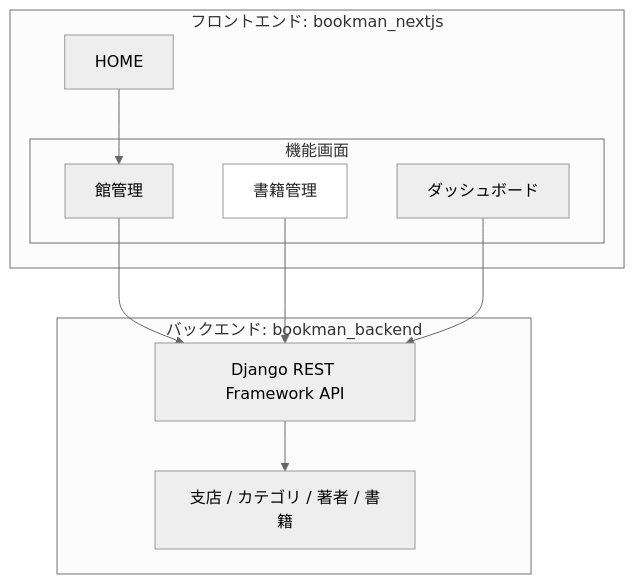
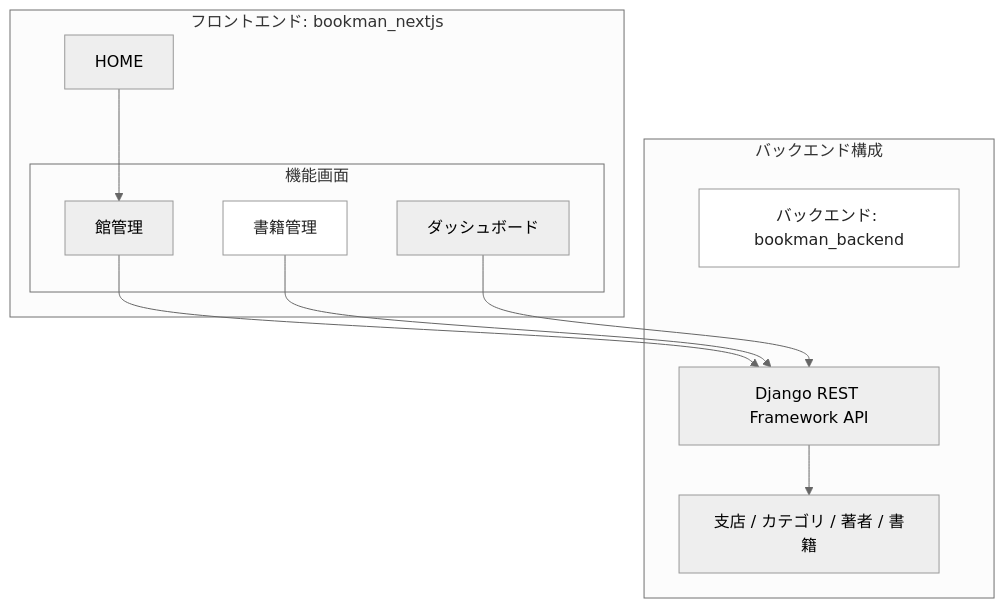
Before and after one commit to duri0214/portfolio: the first of 2 diagrams in docs/qiita/bookman_drf_nextjs.md, drawn with Mermaid (neutral theme).

Commit message:
docs: adjust Bookman article diagram label layout

````diff
--- a/docs/qiita/bookman_drf_nextjs.md
+++ b/docs/qiita/bookman_drf_nextjs.md
@@ -36,24 +36,27 @@
 ```mermaid
 graph TB
   subgraph frontend[フロントエンド: bookman_nextjs]
     home[HOME]
     subgraph screens[機能画面]
       branch[館管理]
       bookScreen[書籍管理]
       dashboard[ダッシュボード]
     end
   end
 
-  subgraph backend[バックエンド: bookman_backend]
+  subgraph backend[バックエンド構成]
+    backendLabel[バックエンド: bookman_backend]
     drf[Django REST Framework API]
     models[支店 / カテゴリ / 著者 / 書籍]
   end
 
   home --> branch
   branch --> drf
   bookScreen --> drf
   dashboard --> drf
+  backendLabel ~~~ drf
   drf --> models
 
+  style backendLabel fill:#ffffff,stroke:#999999,stroke-width:1px,color:#222222
   style bookScreen fill:#ffffff,stroke:#999999,stroke-width:1px,color:#222222
 ```
````
